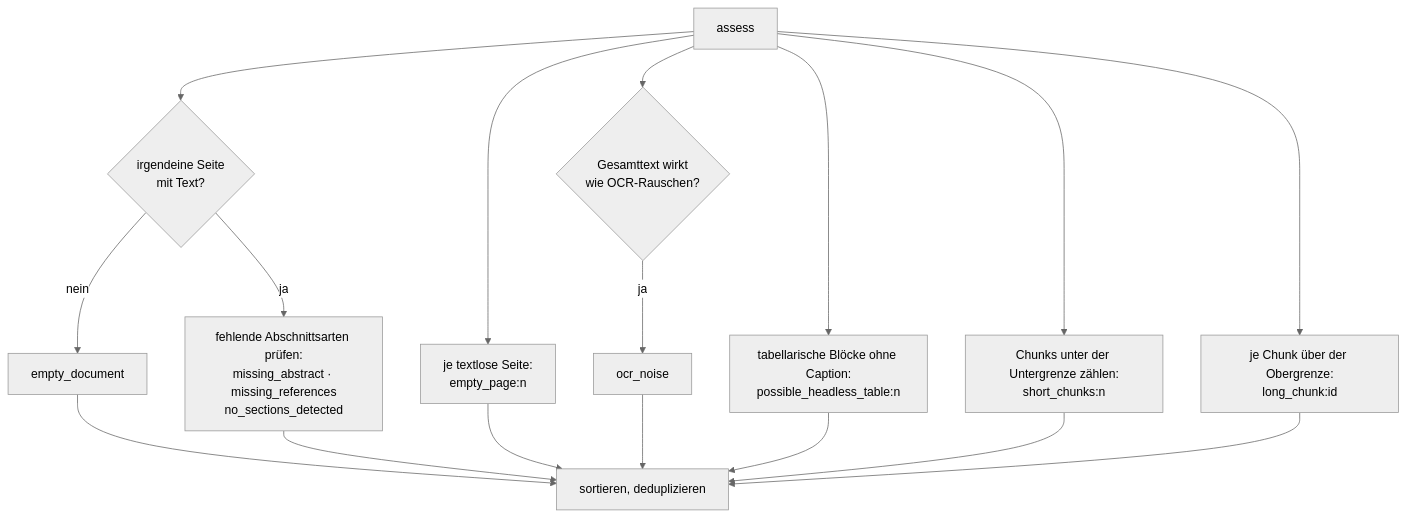
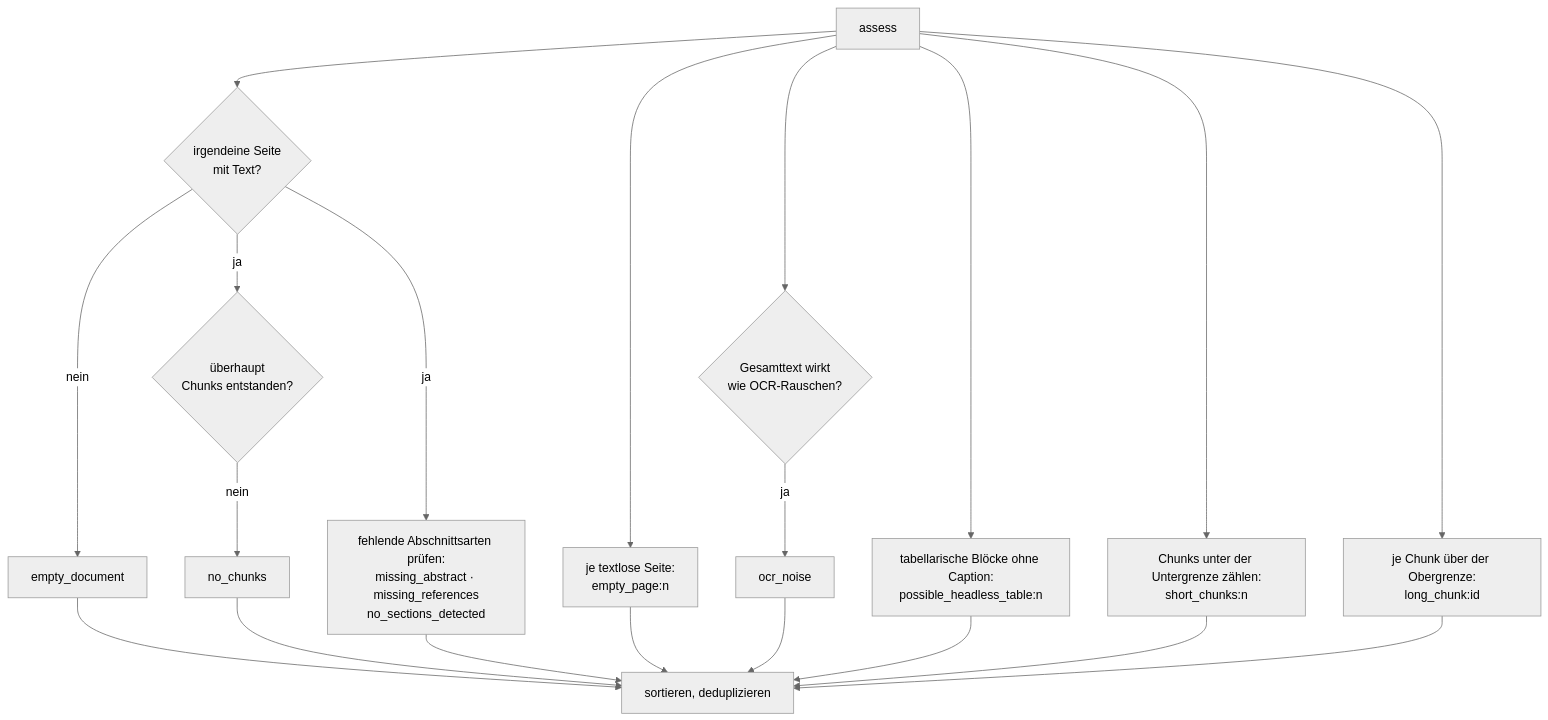
One commit to MomoEngineer/research-graphrag changed the first of 2 diagrams in src/research_graphrag/extraction/doc/quality.md. Above: the diagram before and after it, drawn with Mermaid (neutral theme). The commit also changed other lines of this file and 28 other files, not shown here.

````diff
--- a/src/research_graphrag/extraction/doc/quality.md
+++ b/src/research_graphrag/extraction/doc/quality.md
@@ -26,19 +26,22 @@
 ```mermaid
 flowchart TD
     A["assess"] --> B{"irgendeine Seite<br/>mit Text?"}
     B -- nein --> B1["empty_document"]
     B -- ja --> C["fehlende Abschnittsarten prüfen:<br/>missing_abstract · missing_references<br/>no_sections_detected"]
+    B -- ja --> B2{"überhaupt<br/>Chunks entstanden?"}
+    B2 -- nein --> B3["no_chunks"]
     A --> D["je textlose Seite:<br/>empty_page:n"]
     A --> E{"Gesamttext wirkt<br/>wie OCR-Rauschen?"}
     E -- ja --> E1["ocr_noise"]
     A --> F["tabellarische Blöcke ohne Caption:<br/>possible_headless_table:n"]
     A --> G["Chunks unter der Untergrenze zählen:<br/>short_chunks:n"]
     A --> H["je Chunk über der Obergrenze:<br/>long_chunk:id"]
     B1 --> Z["sortieren, deduplizieren"]
+    B3 --> Z
     C --> Z
     D --> Z
     E1 --> Z
     F --> Z
     G --> Z
     H --> Z
 ```
````
